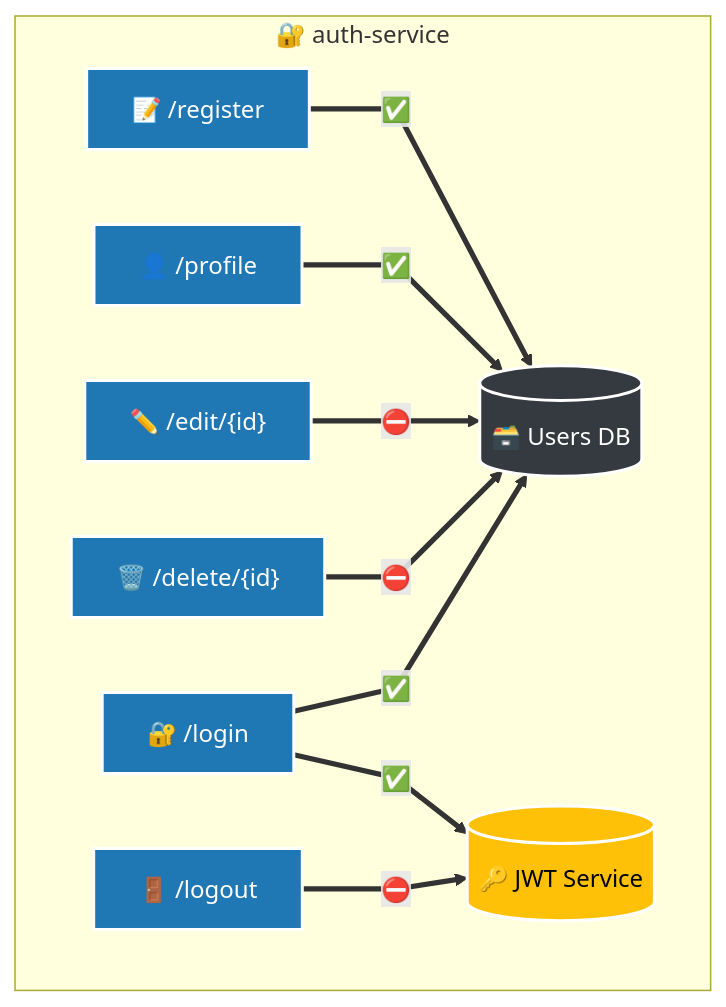
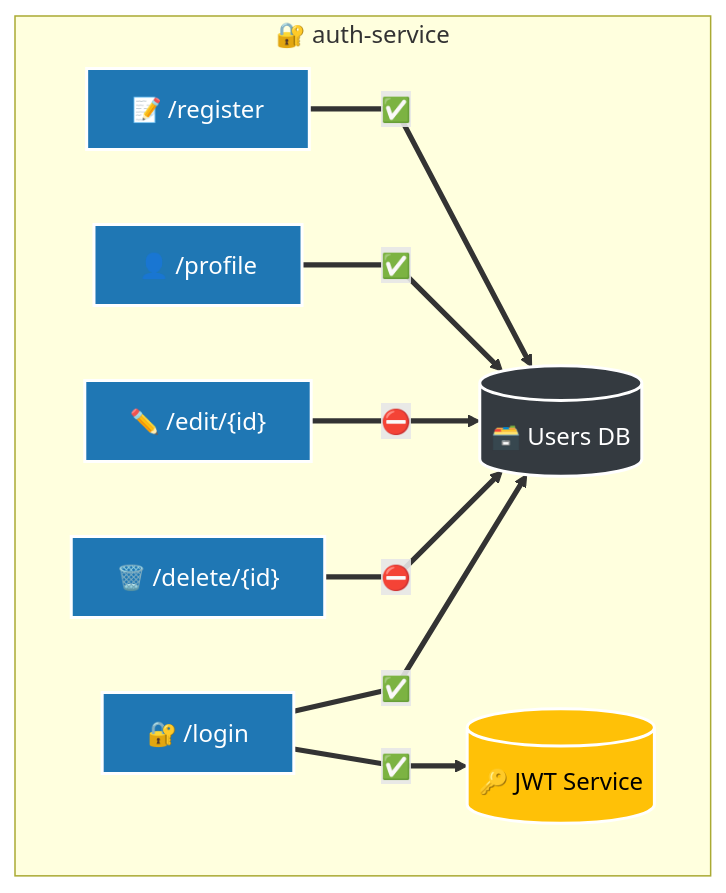
Before and after one commit to JoaoGabrielVianna/vidinine-ecommerce: the diagram in services/auth-service/README.md, drawn with Mermaid. The commit also changed other lines of this file, not shown here.

Commit message:
📝 readme [auth-service]: Adicionei as novas rotas na documentação

````diff
--- a/services/auth-service/README.md
+++ b/services/auth-service/README.md
@@ -13,47 +13,33 @@
 ```mermaid
 ---
 config:
   flowchart:
     curve: linear
 ---
 
 flowchart TD
 
     subgraph "🔐 auth-service"
 
         register[📝 /register]:::route
-        
-
         login[🔐 /login]:::route
-        
-        
-
         profile[👤 /profile]:::route
-       
-
         edit["✏️ /edit/{id}"]:::route
-        
-        
-
         delete["🗑️ /delete/{id}"]:::route
-        
-        logout[🚪 /logout]:::route
-        
 
         register ==> |✅| db
         profile ==> |✅| db
         edit ==> |⛔| db
         delete ==> |⛔| db
         login ==> |✅| db
-        logout ==> |⛔| jwt
         login ==> |✅| jwt
         db[(🗃️ Users DB)]:::db
         jwt[(🔑 JWT Service)]:::external
 
     end
 
     classDef route fill:#1f77b4,stroke:#ffffff,stroke-width:2px,color:#fff;
     classDef db fill:#343a40,stroke:#ffffff,stroke-width:2px,color:#fff;
     classDef external fill:#ffc107,stroke:#ffffff,stroke-width:2px,color:#000;
 
 ```
````
